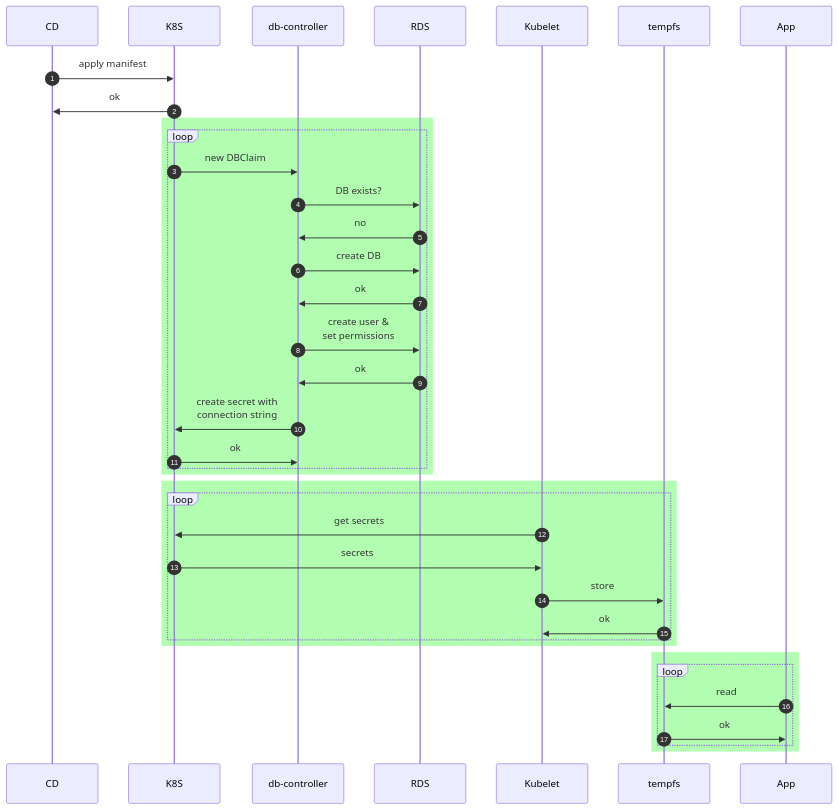
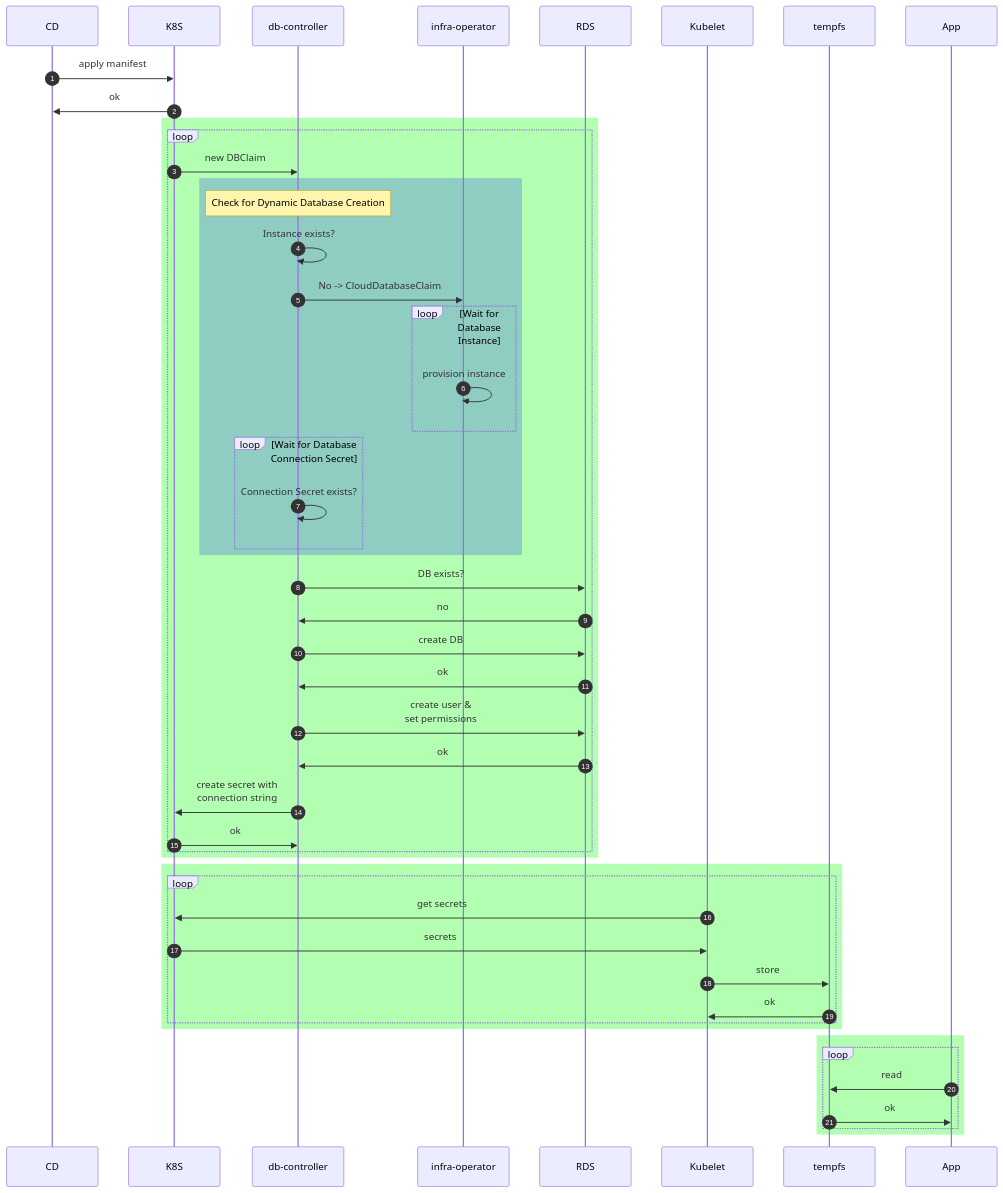
One commit to infobloxopen/db-controller changed the third of 10 diagrams in docs/index.md. Above: the diagram before and after it, drawn with Mermaid. The commit also changed other lines of this file and 81 other files, not shown here.

````diff
--- a/docs/index.md
+++ b/docs/index.md
@@ -77,33 +116,44 @@
 ```mermaid
   sequenceDiagram
     autonumber
     CD ->> K8S: apply manifest
     K8S ->> CD: ok
     rect rgb(0, 255, 0, .3)
         loop
             K8S->>db-controller: new DBClaim
+            rect rgba(0, 0, 255, .2)
+                Note over db-controller: Check for Dynamic Database Creation 
+                db-controller->>db-controller: Instance exists?
+                db-controller->>infra-operator: No -> CloudDatabaseClaim
+                loop Wait for Database Instance
+                    infra-operator->>infra-operator: provision instance
+                end
+                loop Wait for Database Connection Secret
+                    db-controller->>db-controller: Connection Secret exists?
+                end
+            end
             db-controller->>RDS: DB exists?
             RDS->>db-controller: no
             db-controller->>RDS: create DB
             RDS->>db-controller: ok
             db-controller->>RDS: create user &<br/> set permissions
             RDS->>db-controller: ok
             db-controller->>K8S: create secret with<br/> connection string
             K8S->>db-controller: ok
         end
     end
     rect rgb(0, 255, 0, .3)
         loop
             Kubelet->>K8S: get secrets
             K8S->>Kubelet: secrets
             Kubelet->>tempfs: store
             tempfs->>Kubelet: ok
         end
     end
     rect rgb(0, 255, 0, .3)
         loop
             App->>tempfs: read
             tempfs->>App: ok
         end
     end
 ```
````
